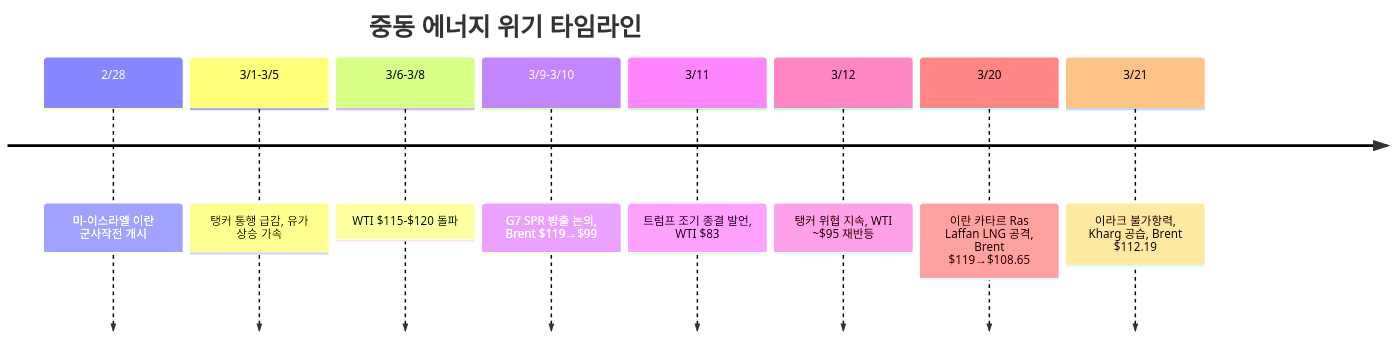
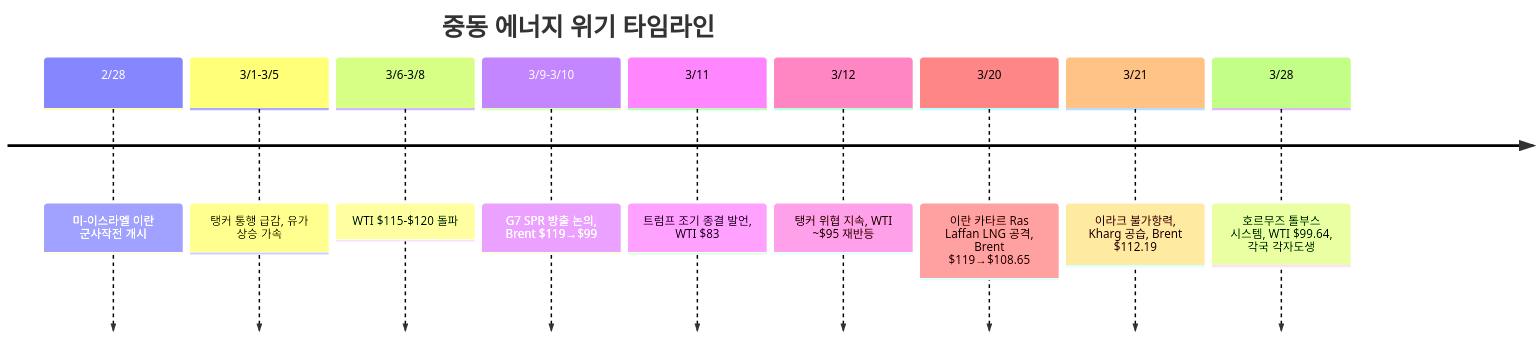
One commit to dss99911/dss99911.github.io changed the second of 11 diagrams in _posts/knowledge/invest/2026-03-07-energy-sector-outlook-2026.md. Above: the diagram before and after it, drawn with Mermaid. The commit also changed other lines of this file and 3 other files, not shown here.

First line of the commit message:
투자 데일리 트랙킹 3/28: WTI $100 목전, Fed 인상 52%, 호르무즈 톨부스

````diff
--- a/_posts/knowledge/invest/2026-03-07-energy-sector-outlook-2026.md
+++ b/_posts/knowledge/invest/2026-03-07-energy-sector-outlook-2026.md
@@ -114,12 +112,13 @@
 ```mermaid
 timeline
     title 중동 에너지 위기 타임라인
     2/28 : 미-이스라엘 이란 군사작전 개시
     3/1-3/5 : 탱커 통행 급감, 유가 상승 가속
     3/6-3/8 : WTI $115-$120 돌파
     3/9-3/10 : G7 SPR 방출 논의, Brent $119→$99
     3/11 : 트럼프 조기 종결 발언, WTI $83
     3/12 : 탱커 위협 지속, WTI ~$95 재반등
     3/20 : 이란 카타르 Ras Laffan LNG 공격, Brent $119→$108.65
     3/21 : 이라크 불가항력, Kharg 공습, Brent $112.19
+    3/28 : 호르무즈 톨부스 시스템, WTI $99.64, 각국 각자도생
 ```
````
